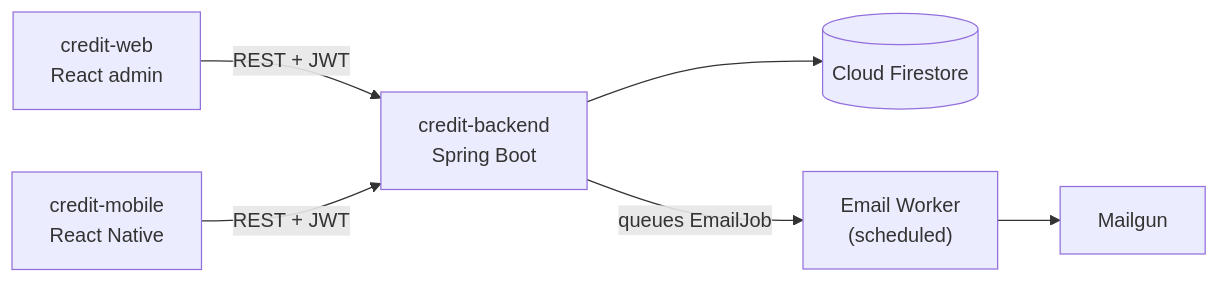
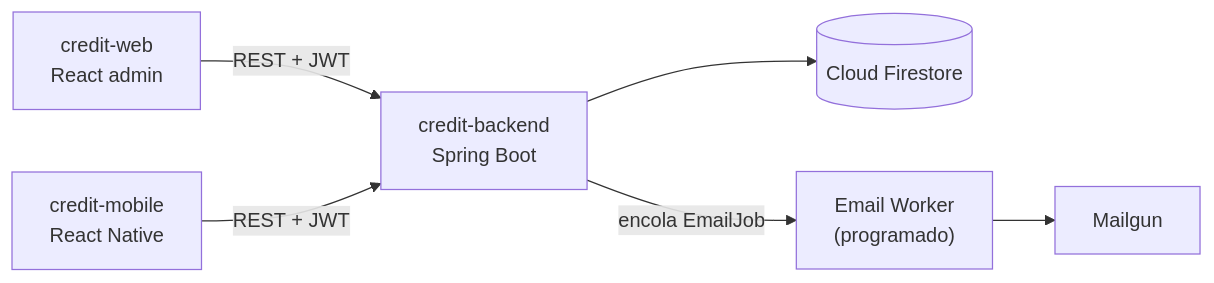
The first of 4 diagrams in README.md (CarlosPolo019/credit-backend), drawn with Mermaid before and after one commit. The commit also changed other lines of this file and 1 other file, not shown here.

````diff
--- a/README.md
+++ b/README.md
@@ -19,8 +33,8 @@
 ```mermaid
 flowchart LR
   web["credit-web<br/>React admin"] -->|REST + JWT| api["credit-backend<br/>Spring Boot"]
   mobile["credit-mobile<br/>React Native"] -->|REST + JWT| api
   api --> firestore[("Cloud Firestore")]
-  api -->|queues EmailJob| worker["Email Worker<br/>(scheduled)"]
+  api -->|encola EmailJob| worker["Email Worker<br/>(programado)"]
   worker --> mailgun["Mailgun"]
 ```
````
